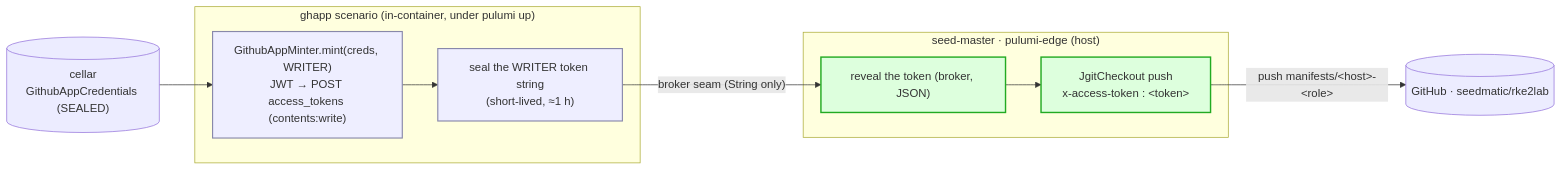
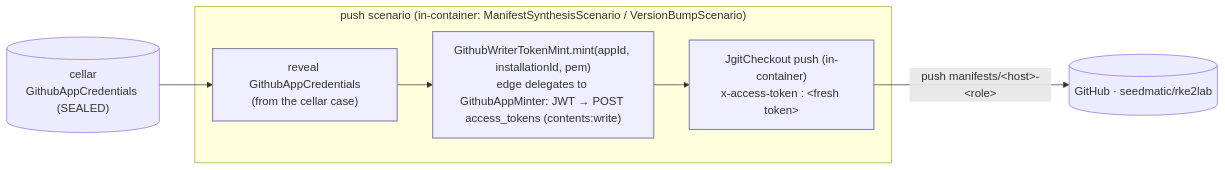
The third of 5 diagrams in docs/architecture/osgi/ghapp-domain-spec.adoc (nxmatic/rke2lab), drawn with Mermaid before and after one commit. The commit also changed other lines of this file and 39 other files, not shown here.

```diff
--- a/docs/architecture/osgi/ghapp-domain-spec.adoc
+++ b/docs/architecture/osgi/ghapp-domain-spec.adoc
@@ -219,22 +225,16 @@
 [mermaid,ghapp-writer,svg]
 ----
 flowchart LR
   CEL[("cellar<br/>GithubAppCredentials (SEALED)")]
-  subgraph OSGI["ghapp scenario (in-container, under pulumi up)"]
-    MINT["GithubAppMinter.mint(creds, WRITER)<br/>JWT → POST access_tokens (contents:write)"]
-    SEAL["seal the WRITER token string<br/>(short-lived, ≈1 h)"]
-    MINT --> SEAL
-  end
-  subgraph SM["seed-master · pulumi-edge (host)"]
-    REVEAL["reveal the token (broker, JSON)"]
-    PUSH["JgitCheckout push<br/>x-access-token : &lt;token&gt;"]
-    REVEAL --> PUSH
+  subgraph OSGI["push scenario (in-container: ManifestSynthesisScenario / VersionBumpScenario)"]
+    REVEAL["reveal GithubAppCredentials<br/>(from the cellar case)"]
+    MINT["GithubWriterTokenMint.mint(appId, installationId, pem)<br/>edge delegates to GithubAppMinter: JWT → POST access_tokens (contents:write)"]
+    PUSH["JgitCheckout push (in-container)<br/>x-access-token : &lt;fresh token&gt;"]
+    REVEAL --> MINT --> PUSH
   end
   GH[("GitHub · seedmatic/rke2lab")]
-  CEL --> MINT
-  SEAL -->|"broker seam (String only)"| REVEAL
+  CEL --> REVEAL
   PUSH -->|"push manifests/&lt;host&gt;-&lt;role&gt;"| GH
   classDef c fill:#eef,stroke:#88a,stroke-width:1.6px;
-  classDef h fill:#dfd,stroke:#2a2,stroke-width:2px;
-  class MINT,SEAL c; class REVEAL,PUSH h;
+  class REVEAL,MINT,PUSH c;
 ----
```
